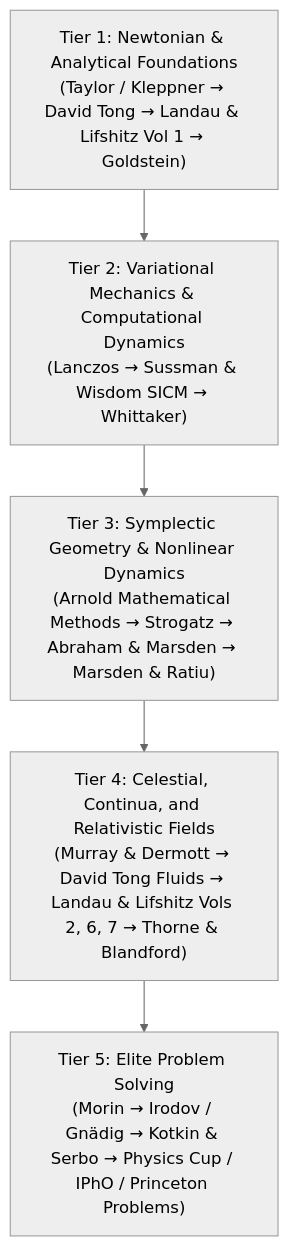
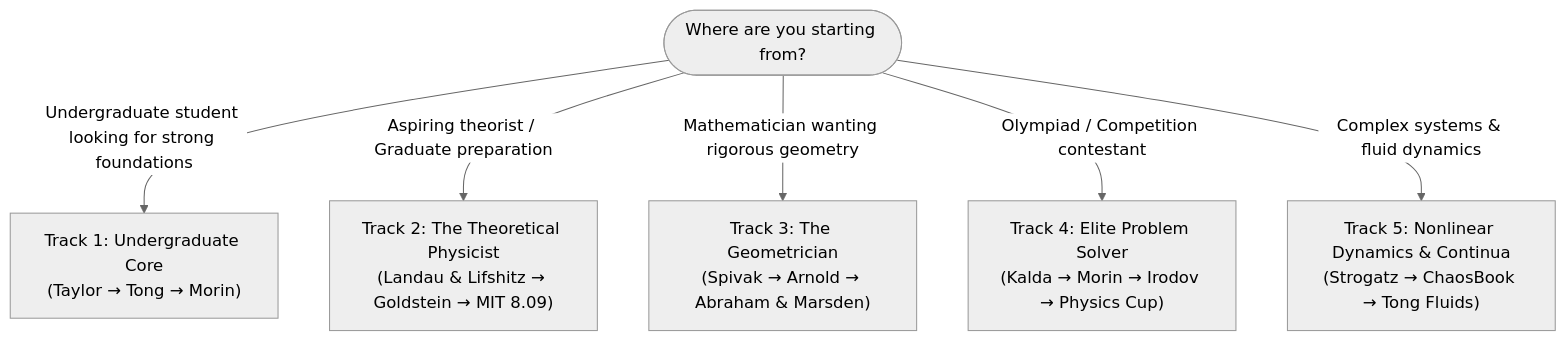
Before and after one commit to nerdorwhatX/becoming-gawd-classical-mechanics: the diagram in README.md, drawn with Mermaid (neutral theme). The commit also changed other lines of this file, not shown here.

````diff
--- a/README.md
+++ b/README.md
@@ -136,10 +41,10 @@
 ```mermaid
 flowchart TD
-    T1["Tier 1: Newtonian & Analytical Foundations<br/>(Taylor / Kleppner → David Tong → Landau & Lifshitz Vol 1 → Goldstein)"]
-    T2["Tier 2: Variational Mechanics & Computational Dynamics<br/>(Lanczos → Sussman & Wisdom SICM → Whittaker)"]
-    T3["Tier 3: Symplectic Geometry & Nonlinear Dynamics<br/>(Arnold Mathematical Methods → Strogatz → Abraham & Marsden → Marsden & Ratiu)"]
-    T4["Tier 4: Celestial, Continua, and Relativistic Fields<br/>(Murray & Dermott → David Tong Fluids → Landau & Lifshitz Vols 2, 6, 7 → Thorne & Blandford)"]
-    T5["Tier 5: Elite Problem Solving<br/>(Morin → Irodov / Gnädig → Kotkin & Serbo → Physics Cup / IPhO / Princeton Problems)"]
-
-    T1 --> T2 --> T3 --> T4 --> T5
+    Start(["Where are you starting from?"])
+    
+    Start -->|"Undergraduate student looking for strong foundations"| Track1["Track 1: Undergraduate Core<br/>(Taylor → Tong → Morin)"]
+    Start -->|"Aspiring theorist / Graduate preparation"| Track2["Track 2: The Theoretical Physicist<br/>(Landau & Lifshitz → Goldstein → MIT 8.09)"]
+    Start -->|"Mathematician wanting rigorous geometry"| Track3["Track 3: The Geometrician<br/>(Spivak → Arnold → Abraham & Marsden)"]
+    Start -->|"Olympiad / Competition contestant"| Track4["Track 4: Elite Problem Solver<br/>(Kalda → Morin → Irodov → Physics Cup)"]
+    Start -->|"Complex systems & fluid dynamics"| Track5["Track 5: Nonlinear Dynamics & Continua<br/>(Strogatz → ChaosBook → Tong Fluids)"]
 ```
````
